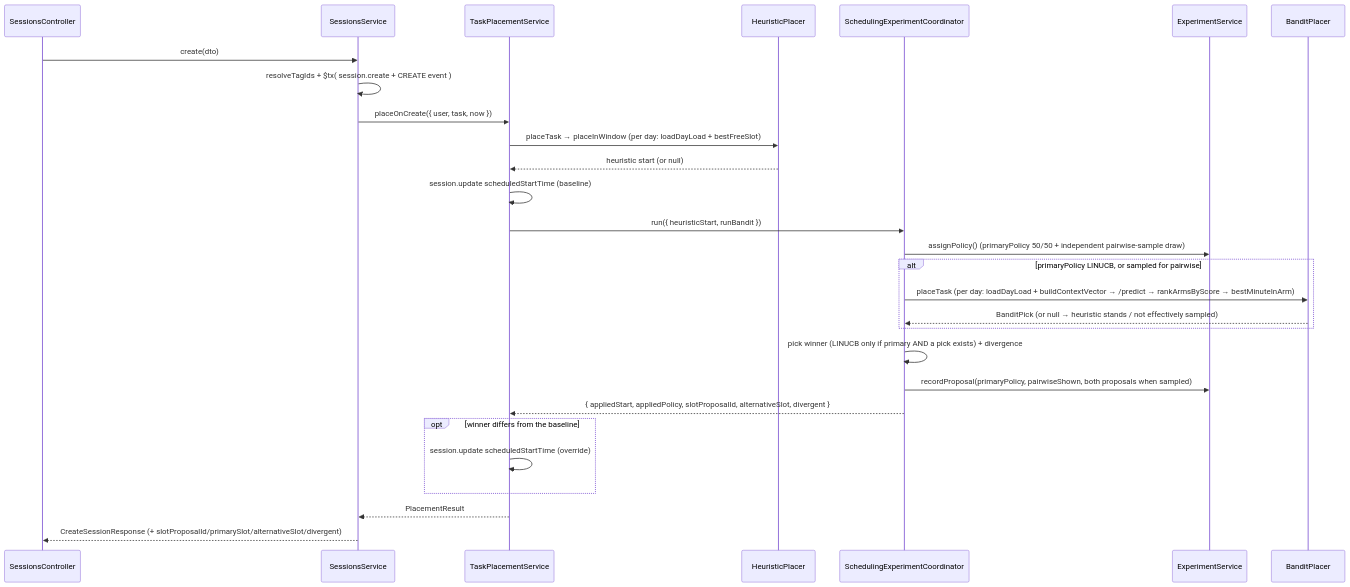
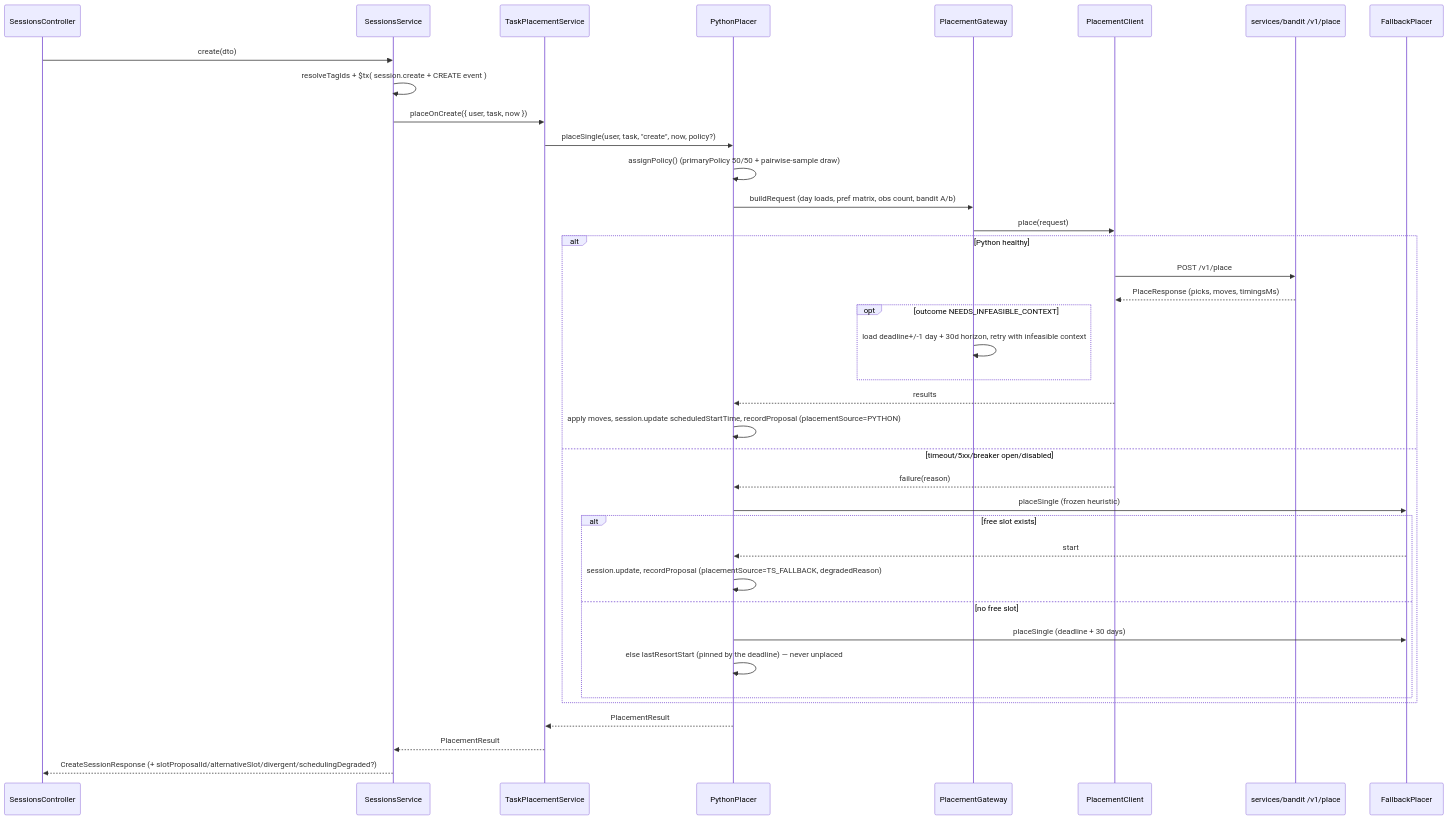
The second of 6 diagrams in backend/README.md (tryzenflow/zenflow), drawn with Mermaid before and after one commit. The commit also changed other lines of this file and 12 other files, not shown here.

````diff
--- a/backend/README.md
+++ b/backend/README.md
@@ -725,30 +831,40 @@
 ```mermaid
 sequenceDiagram
   participant C as SessionsController
   participant S as SessionsService
   participant T as TaskPlacementService
-  participant H as HeuristicPlacer
-  participant X as SchedulingExperimentCoordinator
-  participant E as ExperimentService
-  participant B as BanditPlacer
+  participant P as PythonPlacer
+  participant G as PlacementGateway
+  participant PC as PlacementClient
+  participant PY as services/bandit /v1/place
+  participant FB as FallbackPlacer
   C->>S: create(dto)
   S->>S: resolveTagIds + $tx( session.create + CREATE event )
   S->>T: placeOnCreate({ user, task, now })
-  T->>H: placeTask → placeInWindow (per day: loadDayLoad + bestFreeSlot)
-  H-->>T: heuristic start (or null)
-  T->>T: session.update scheduledStartTime (baseline)
-  T->>X: run({ heuristicStart, runBandit })
-  X->>E: assignPolicy()  (primaryPolicy 50/50 + independent pairwise-sample draw)
-  alt primaryPolicy LINUCB, or sampled for pairwise
-    X->>B: placeTask (per day: loadDayLoad + buildContextVector → /predict → rankArmsByScore → bestMinuteInArm)
-    B-->>X: BanditPick (or null → heuristic stands / not effectively sampled)
+  T->>P: placeSingle(user, task, "create", now, policy?)
+  P->>P: assignPolicy() (primaryPolicy 50/50 + pairwise-sample draw)
+  P->>G: buildRequest (day loads, pref matrix, obs count, bandit A/b)
+  G->>PC: place(request)
+  alt Python healthy
+    PC->>PY: POST /v1/place
+    PY-->>PC: PlaceResponse (picks, moves, timingsMs)
+    opt outcome NEEDS_INFEASIBLE_CONTEXT
+      G->>G: load deadline+/-1 day + 30d horizon, retry with infeasible context
+    end
+    PC-->>P: results
+    P->>P: apply moves, session.update scheduledStartTime, recordProposal (placementSource=PYTHON)
+  else timeout/5xx/breaker open/disabled
+    PC-->>P: failure(reason)
+    P->>FB: placeSingle (frozen heuristic)
+    alt free slot exists
+      FB-->>P: start
+      P->>P: session.update, recordProposal (placementSource=TS_FALLBACK, degradedReason)
+    else no free slot
+      P->>FB: placeSingle (deadline + 30 days)
+      P->>P: else lastResortStart (pinned by the deadline) — never unplaced
+    end
   end
-  X->>X: pick winner (LINUCB only if primary AND a pick exists) + divergence
-  X->>E: recordProposal(primaryPolicy, pairwiseShown, both proposals when sampled)
-  X-->>T: { appliedStart, appliedPolicy, slotProposalId, alternativeSlot, divergent }
-  opt winner differs from the baseline
-    T->>T: session.update scheduledStartTime (override)
-  end
+  P-->>T: PlacementResult
   T-->>S: PlacementResult
-  S-->>C: CreateSessionResponse (+ slotProposalId/primarySlot/alternativeSlot/divergent)
+  S-->>C: CreateSessionResponse (+ slotProposalId/alternativeSlot/divergent/schedulingDegraded?)
 ```
````
